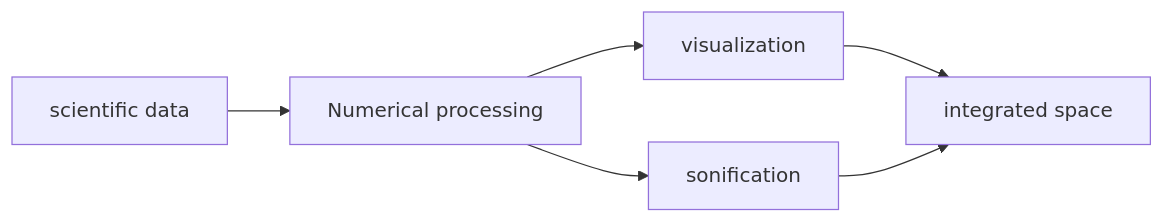
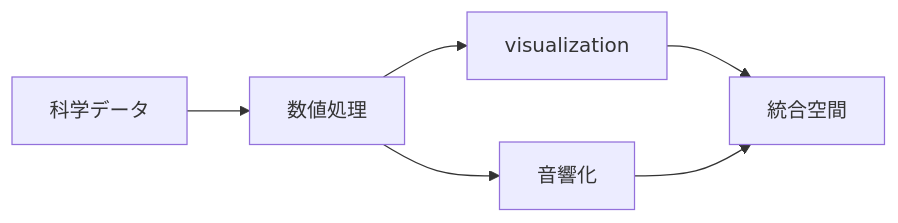
The fifth of 8 diagrams in en/_posts/2026-04-18-column-ryoji-ikeda.md (monumental-movement/monumental-movement.github.io), drawn with Mermaid before and after one commit. The commit also changed other lines of this file and 2196 other files, not shown here.

```diff
--- a/en/_posts/2026-04-18-column-ryoji-ikeda.md
+++ b/en/_posts/2026-04-18-column-ryoji-ikeda.md
@@ -172,8 +172,8 @@
 <div class="mermaid">
 graph LR
-A[scientific data] --> B[Numerical processing]
+A[科学データ] --> B[数値処理]
 B --> C[visualization]
-B --> D[sonification]
-C --> E[integrated space]
+B --> D[音響化]
+C --> E[統合空間]
 D --> E
 </div>
```
